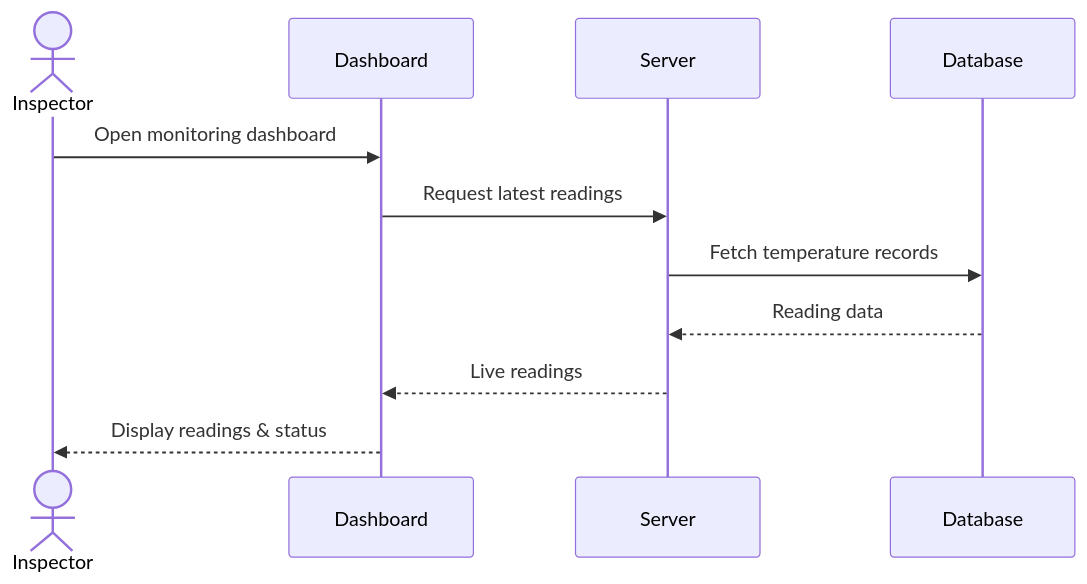
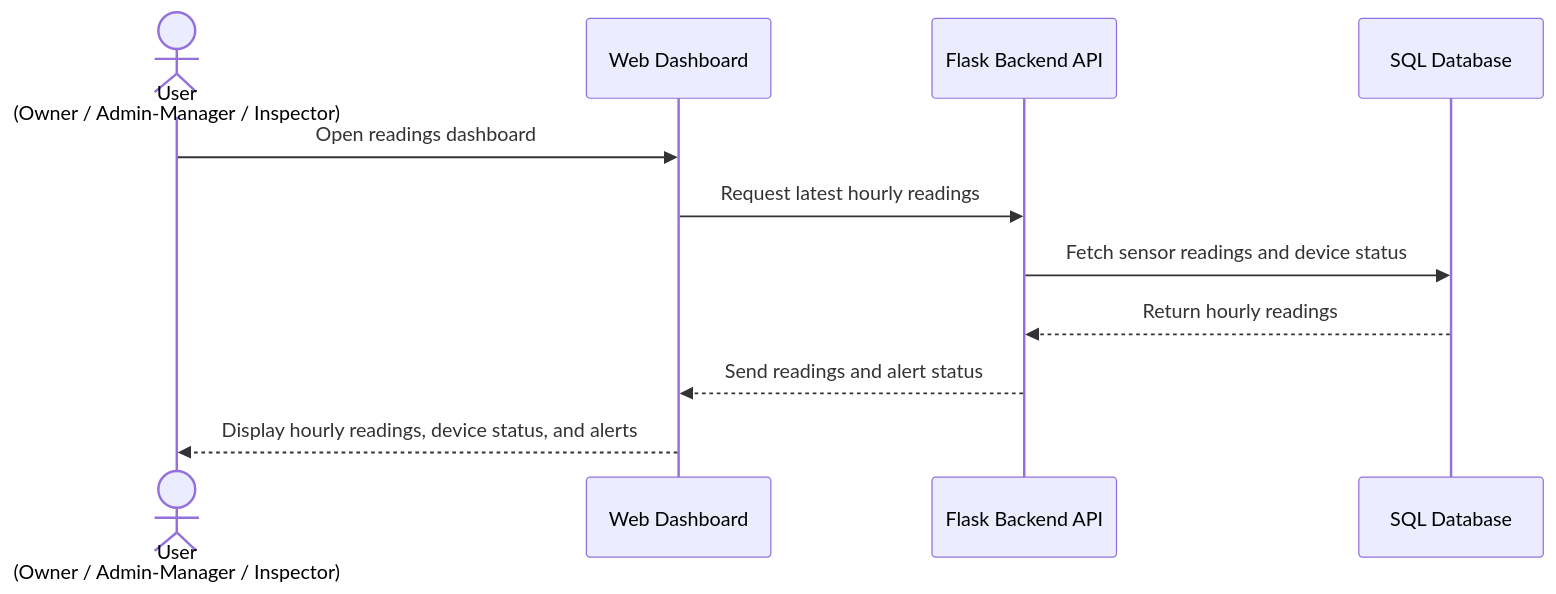
One commit to rabea14180-max/Portfolio-Project changed the third of 3 diagrams in Stage 3/3. Create High-Level Sequence Diagrams/High-Level Sequence Diagrams.md. Above: the diagram before and after it, drawn with Mermaid. The commit also changed other lines of this file, not shown here.

First line of the commit message:
Revise High-Level Sequence Diagrams and Use Cases

````diff
--- a/Stage 3/3. Create High-Level Sequence Diagrams/High-Level Sequence Diagrams.md
+++ b/Stage 3/3. Create High-Level Sequence Diagrams/High-Level Sequence Diagrams.md
@@ -67,14 +85,14 @@
 ```mermaid
 sequenceDiagram
-    actor Inspector
-    participant Dashboard
-    participant Server
-    participant Database
+    actor User as User<br/>(Owner / Admin-Manager / Inspector)
+    participant Dashboard as Web Dashboard
+    participant API as Flask Backend API
+    participant DB as SQL Database
 
-    Inspector->>Dashboard: Open monitoring dashboard
-    Dashboard->>Server: Request latest readings
-    Server->>Database: Fetch temperature records
-    Database-->>Server: Reading data
-    Server-->>Dashboard: Live readings
-    Dashboard-->>Inspector: Display readings & status
+    User->>Dashboard: Open readings dashboard
+    Dashboard->>API: Request latest hourly readings
+    API->>DB: Fetch sensor readings and device status
+    DB-->>API: Return hourly readings
+    API-->>Dashboard: Send readings and alert status
+    Dashboard-->>User: Display hourly readings, device status, and alerts
 ```
````
